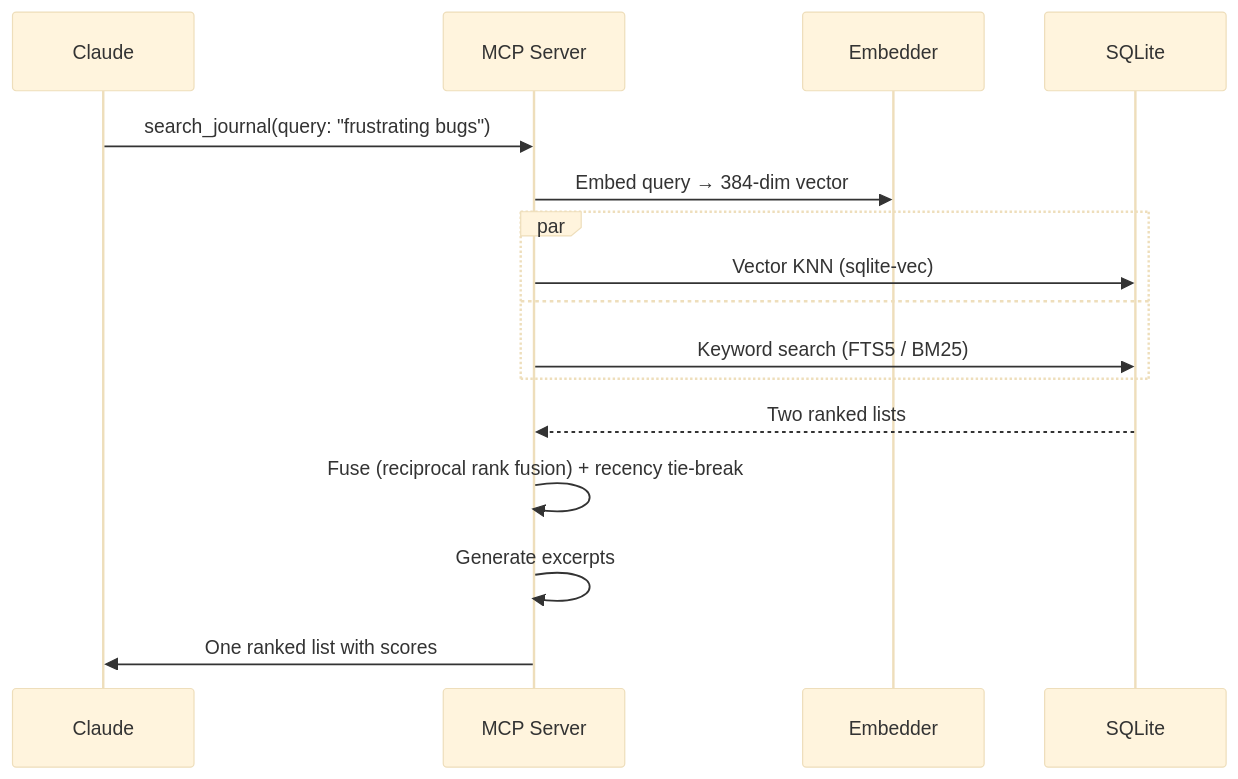
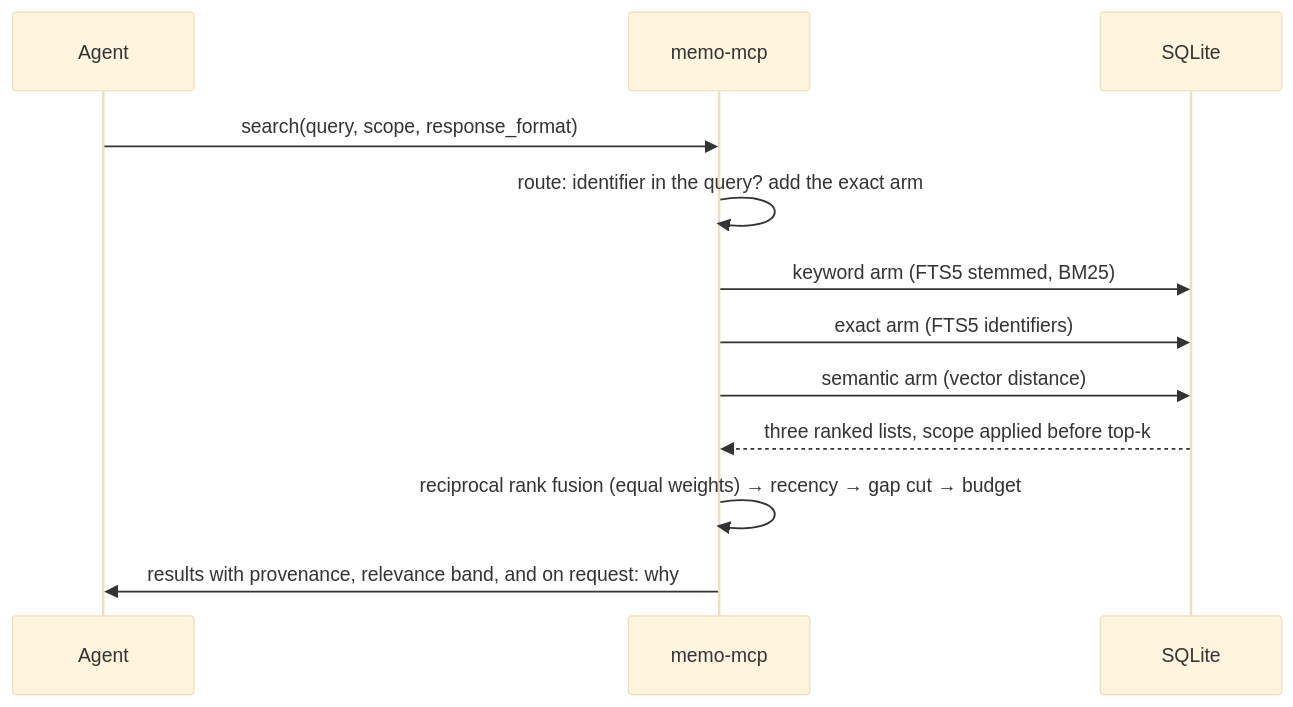
Before and after one commit to kKEo/memory-find: the fifth of 7 diagrams in slides.md, drawn with Mermaid (base theme). The commit also changed other lines of this file and 33 other files, not shown here.

Commit message:
Improve retrieval, rewrite mcp server

````diff
--- a/slides.md
+++ b/slides.md
@@ -256,19 +258,15 @@
 ```mermaid
 sequenceDiagram
-    participant C as Claude
-    participant S as MCP Server
-    participant E as Embedder
+    participant C as Agent
+    participant S as memo-mcp
     participant DB as SQLite
 
-    C->>S: search_journal(query: "frustrating bugs")
-    S->>E: Embed query → 384-dim vector
-    par
-        S->>DB: Vector KNN (sqlite-vec)
-    and
-        S->>DB: Keyword search (FTS5 / BM25)
-    end
-    DB-->>S: Two ranked lists
-    S->>S: Fuse (reciprocal rank fusion) + recency tie-break
-    S->>S: Generate excerpts
-    S->>C: One ranked list with scores
+    C->>S: search(query, scope, response_format)
+    S->>S: route: identifier in the query? add the exact arm
+    S->>DB: keyword arm (FTS5 stemmed, BM25)
+    S->>DB: exact arm (FTS5 identifiers)
+    S->>DB: semantic arm (vector distance)
+    DB-->>S: three ranked lists, scope applied before top-k
+    S->>S: reciprocal rank fusion (equal weights) → recency → gap cut → budget
+    S->>C: results with provenance, relevance band, and on request: why
 ```
````
